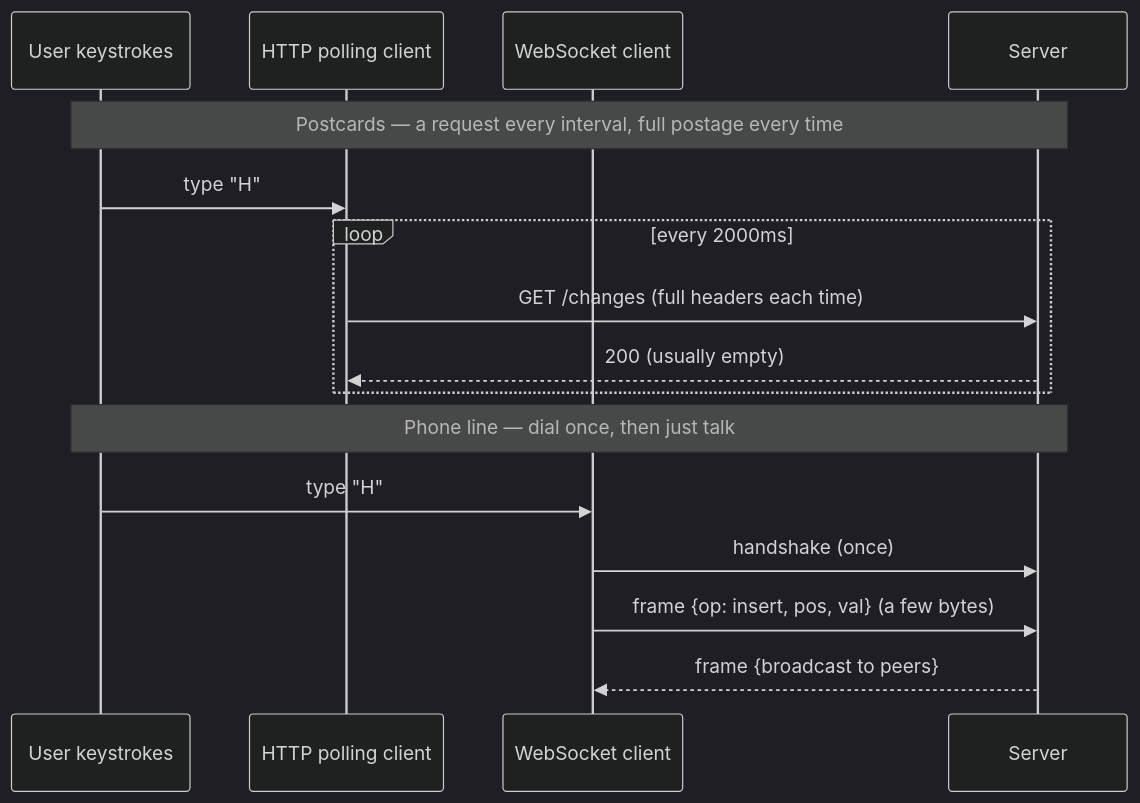
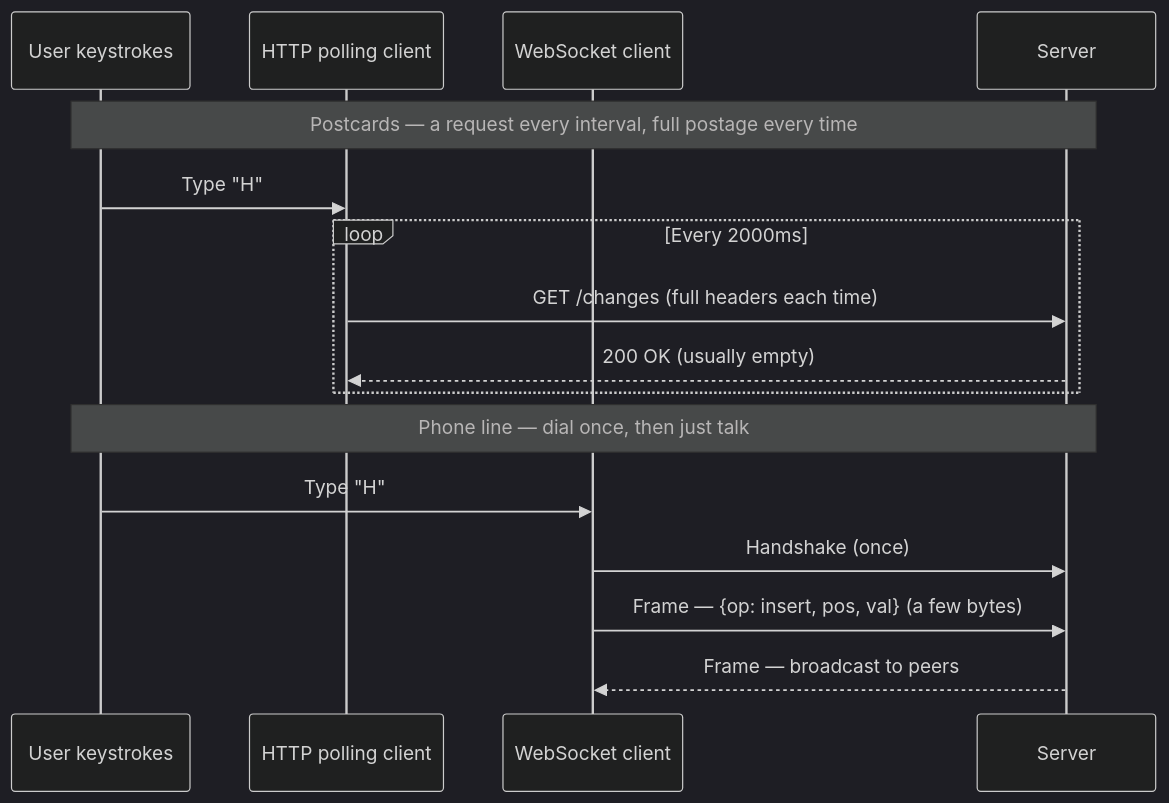
Before and after one commit to riyaz-pasha/Learnings: the sixth of 14 diagrams in system-design/HLD/0-course/38-Design-a-Collaborative-Document-Editing-Service-Google-Docs-FAANG-Guide-story.md, drawn with Mermaid (dark theme). The commit also changed other lines of this file and 1 other file, not shown here.

Commit message:
[REWRITE] Google Docs story guide: simplify prose, add structure, fix diagrams

````diff
--- a/system-design/HLD/0-course/38-Design-a-Collaborative-Document-Editing-Service-Google-Docs-FAANG-Guide-story.md
+++ b/system-design/HLD/0-course/38-Design-a-Collaborative-Document-Editing-Service-Google-Docs-FAANG-Guide-story.md
@@ -161,20 +297,20 @@
 ```mermaid
 sequenceDiagram
     participant U as User keystrokes
     participant HTTP as HTTP polling client
     participant WS as WebSocket client
     participant S as Server
 
     Note over U,S: Postcards — a request every interval, full postage every time
-    U->>HTTP: type "H"
-    loop every 2000ms
+    U->>HTTP: Type "H"
+    loop Every 2000ms
         HTTP->>S: GET /changes (full headers each time)
-        S-->>HTTP: 200 (usually empty)
+        S-->>HTTP: 200 OK (usually empty)
     end
 
     Note over U,S: Phone line — dial once, then just talk
-    U->>WS: type "H"
-    WS->>S: handshake (once)
-    WS->>S: frame {op: insert, pos, val} (a few bytes)
-    S-->>WS: frame {broadcast to peers}
+    U->>WS: Type "H"
+    WS->>S: Handshake (once)
+    WS->>S: Frame — {op: insert, pos, val} (a few bytes)
+    S-->>WS: Frame — broadcast to peers
 ```
````
